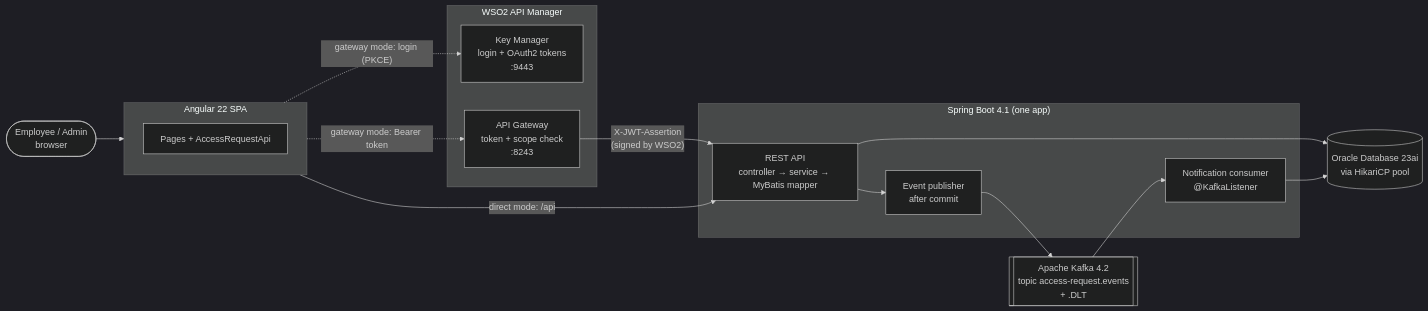
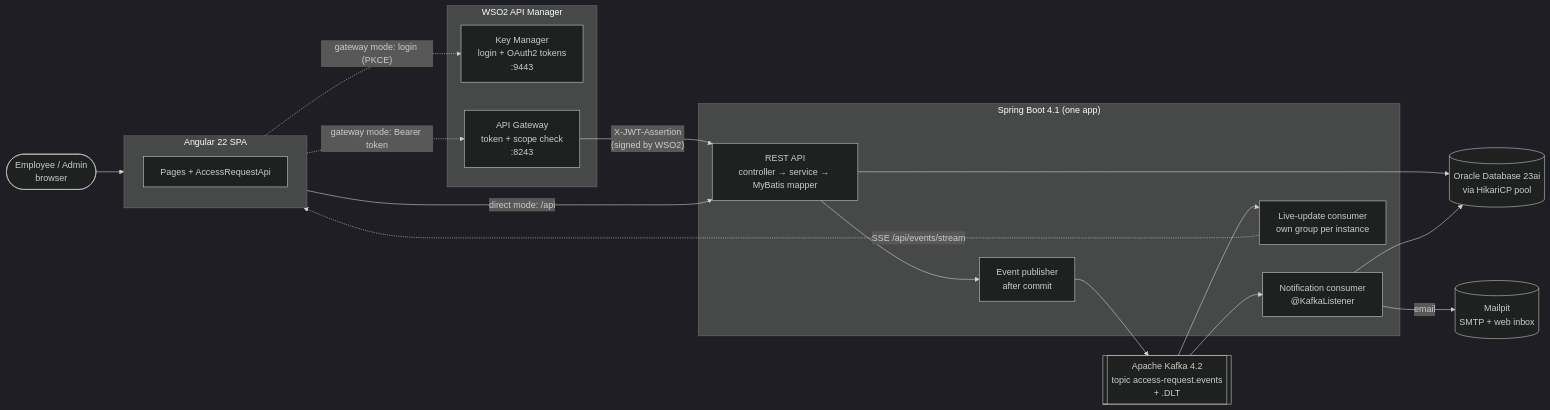
Before and after one commit to amrsyfiq/it-access-portal: the first of 6 diagrams in docs/architecture.md, drawn with Mermaid (dark theme). The commit also changed other lines of this file and 5 other files, not shown here.

Commit message:
docs: email and live updates (Mailpit, SSE), setup notes, troubleshooting

````diff
--- a/docs/architecture.md
+++ b/docs/architecture.md
@@ -7,30 +7,35 @@
 ```mermaid
 flowchart LR
     user([Employee / Admin<br/>browser])
 
     subgraph ui ["Angular 22 SPA"]
         pages[Pages + AccessRequestApi]
     end
 
     subgraph wso2 ["WSO2 API Manager"]
         km[Key Manager<br/>login + OAuth2 tokens<br/>:9443]
         gw[API Gateway<br/>token + scope check<br/>:8243]
     end
 
     subgraph app ["Spring Boot 4.1 (one app)"]
         api[REST API<br/>controller → service → MyBatis mapper]
         pub[Event publisher<br/>after commit]
         con[Notification consumer<br/>@KafkaListener]
+        live[Live-update consumer<br/>own group per instance]
     end
 
     db[(Oracle Database 23ai<br/>via HikariCP pool)]
     kafka[[Apache Kafka 4.2<br/>topic access-request.events<br/>+ .DLT]]
+    mail[(Mailpit<br/>SMTP + web inbox)]
 
     user --> ui
     ui -- "direct mode: /api" --> api
     ui -. "gateway mode: login (PKCE)" .-> km
     ui -. "gateway mode: Bearer token" .-> gw
     gw -- "X-JWT-Assertion<br/>(signed by WSO2)" --> api
     api --> db
     api --> pub --> kafka --> con --> db
+    con -- email --> mail
+    kafka --> live
+    live -. "SSE /api/events/stream" .-> ui
 ```
````
